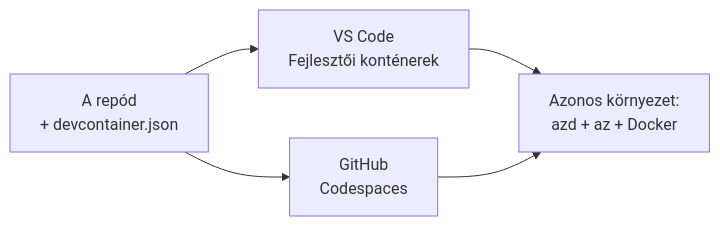
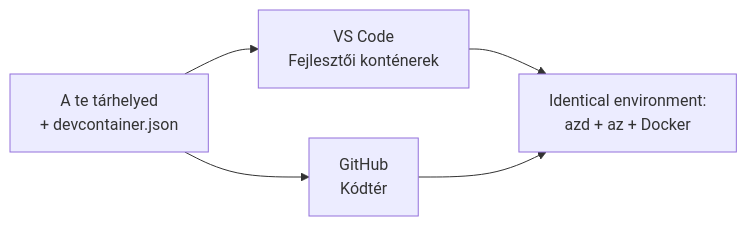
One commit to microsoft/AZD-for-beginners changed the diagram in translations/hu/docs/chapter-01-foundation/dev-containers.md. Above: the diagram before and after it, drawn with Mermaid. The commit also changed other lines of this file and 1 other file, not shown here.

````diff
--- a/translations/hu/docs/chapter-01-foundation/dev-containers.md
+++ b/translations/hu/docs/chapter-01-foundation/dev-containers.md
@@ -41,7 +41,7 @@
 ```mermaid
 graph LR
-    Repo[A repód<br/>+ devcontainer.json] --> VSCode[VS Code<br/>Fejlesztői konténerek]
-    Repo --> Codespaces[GitHub<br/>Codespaces]
-    VSCode --> Env[Azonos környezet:<br/>azd + az + Docker]
+    Repo[A te tárhelyed<br/>+ devcontainer.json] --> VSCode[VS Code<br/>Fejlesztői konténerek]
+    Repo --> Codespaces[GitHub<br/>Kódtér]
+    VSCode --> Env[Identical environment:<br/>azd + az + Docker]
     Codespaces --> Env
 ```
````
